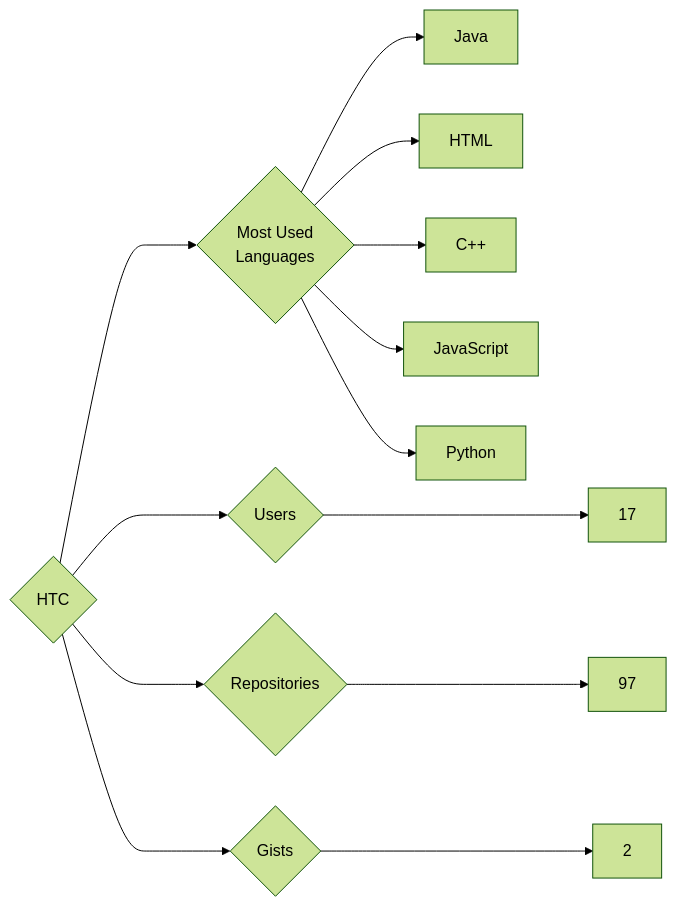
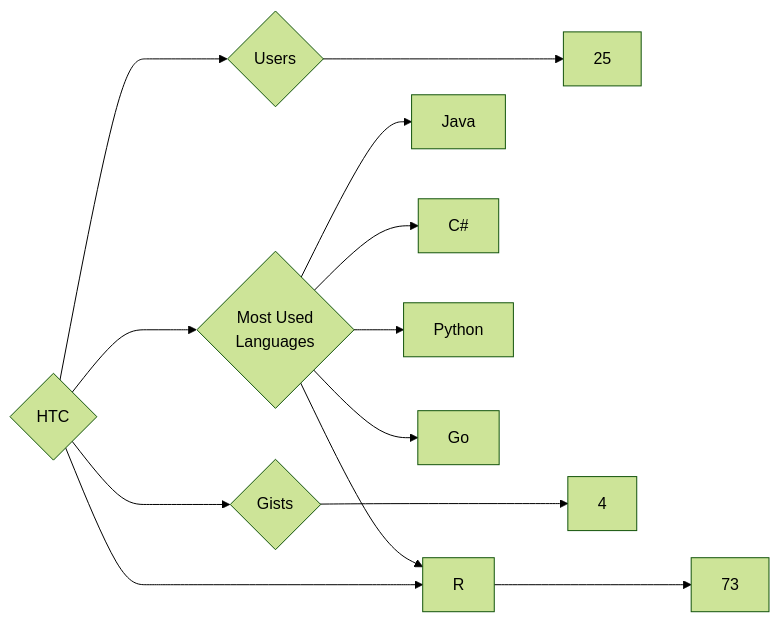
One commit to trickest/insiders changed the diagram in targets/HTC/README.md. Above: the diagram before and after it, drawn with Mermaid (forest theme). The commit also changed 610 other files, not shown here.

````diff
--- a/targets/HTC/README.md
+++ b/targets/HTC/README.md
@@ -3,13 +3,13 @@
 ```mermaid
 graph LR
 COMPANY_NAME{HTC}
-COMPANY_NAME ---> U{Users} ---> UN[17]
-COMPANY_NAME ---> R{Repositories} ---> RN[97]
-COMPANY_NAME ---> G{Gists} ---> GN[2]
+COMPANY_NAME ---> U{Users} ---> UN[25]
+COMPANY_NAME ---> R{Repositories} ---> RN[73]
+COMPANY_NAME ---> G{Gists} ---> GN[4]
 COMPANY_NAME ---> ML{Most Used<br>Languages}
 ML --> Java[Java]
-ML --> HTML[HTML]
-ML --> C++[C++]
-ML --> JavaScript[JavaScript]
+ML --> R[R]
+ML --> C#[C#]
 ML --> Python[Python]
+ML --> Go[Go]
 ```
````
